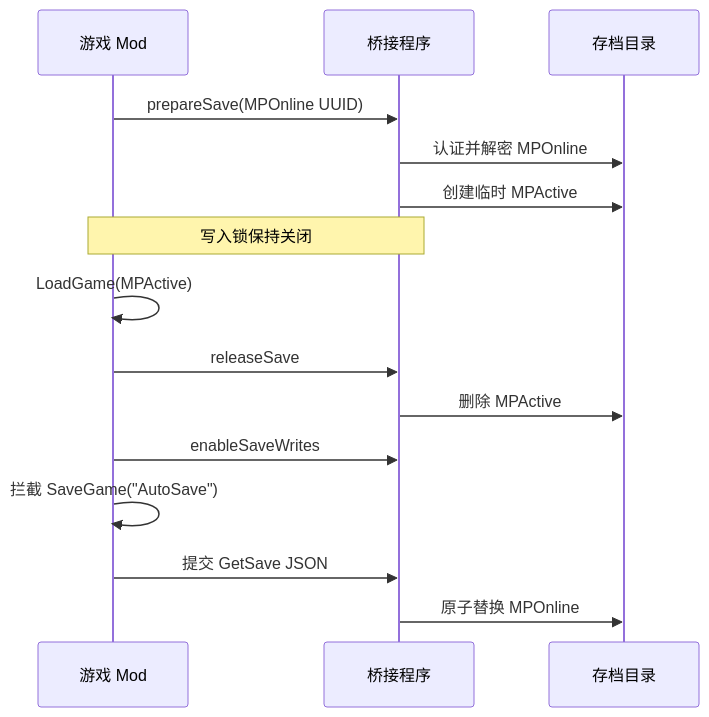
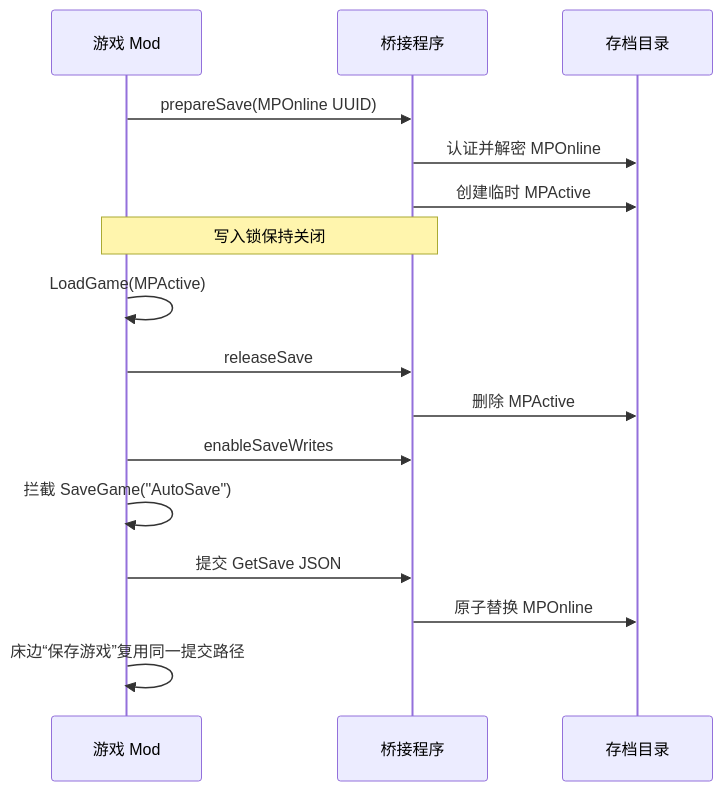
Before and after one commit to Sakura-QoQ/Multiplayer-Mod: the second of 2 diagrams in docs/ARCHITECTURE.zh-CN.md, drawn with Mermaid. The commit also changed other lines of this file and 50 other files, not shown here.

````diff
--- a/docs/ARCHITECTURE.zh-CN.md
+++ b/docs/ARCHITECTURE.zh-CN.md
@@ -57,17 +57,18 @@
 ```mermaid
 sequenceDiagram
     participant G as 游戏 Mod
     participant B as 桥接程序
     participant D as 存档目录
     G->>B: prepareSave(MPOnline UUID)
     B->>D: 认证并解密 MPOnline
     B->>D: 创建临时 MPActive
     Note over G,B: 写入锁保持关闭
     G->>G: LoadGame(MPActive)
     G->>B: releaseSave
     B->>D: 删除 MPActive
     G->>B: enableSaveWrites
     G->>G: 拦截 SaveGame("AutoSave")
     G->>B: 提交 GetSave JSON
     B->>D: 原子替换 MPOnline
+    G->>G: 床边“保存游戏”复用同一提交路径
 ```
````
